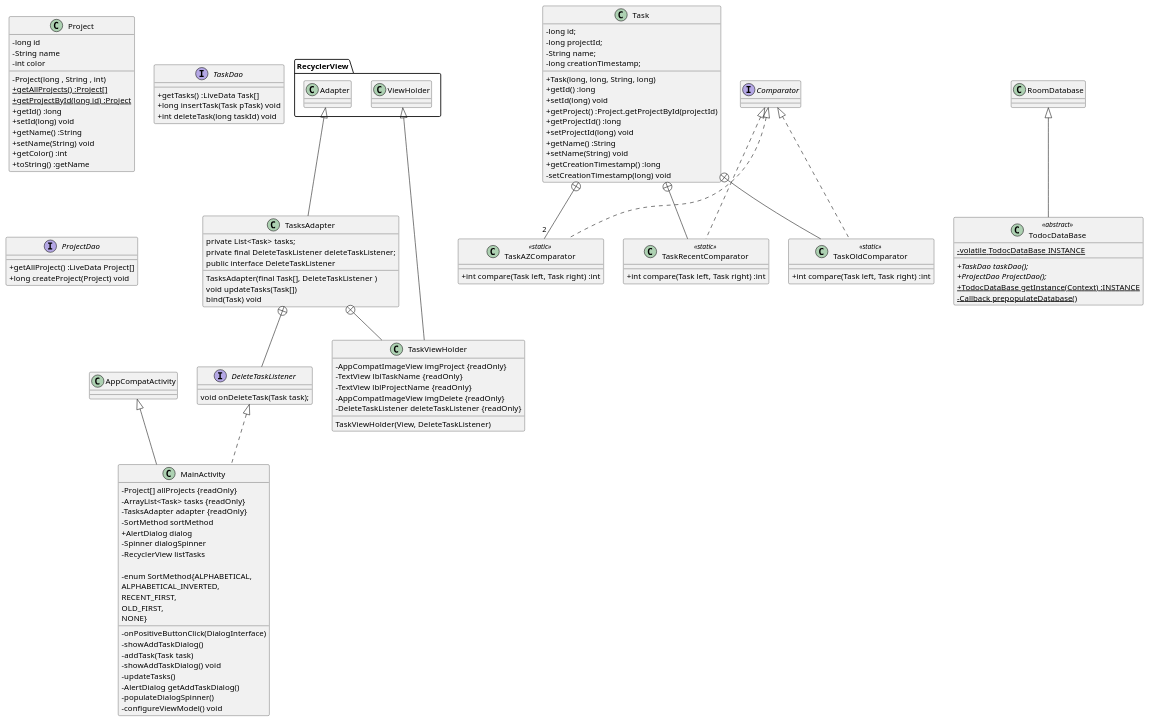
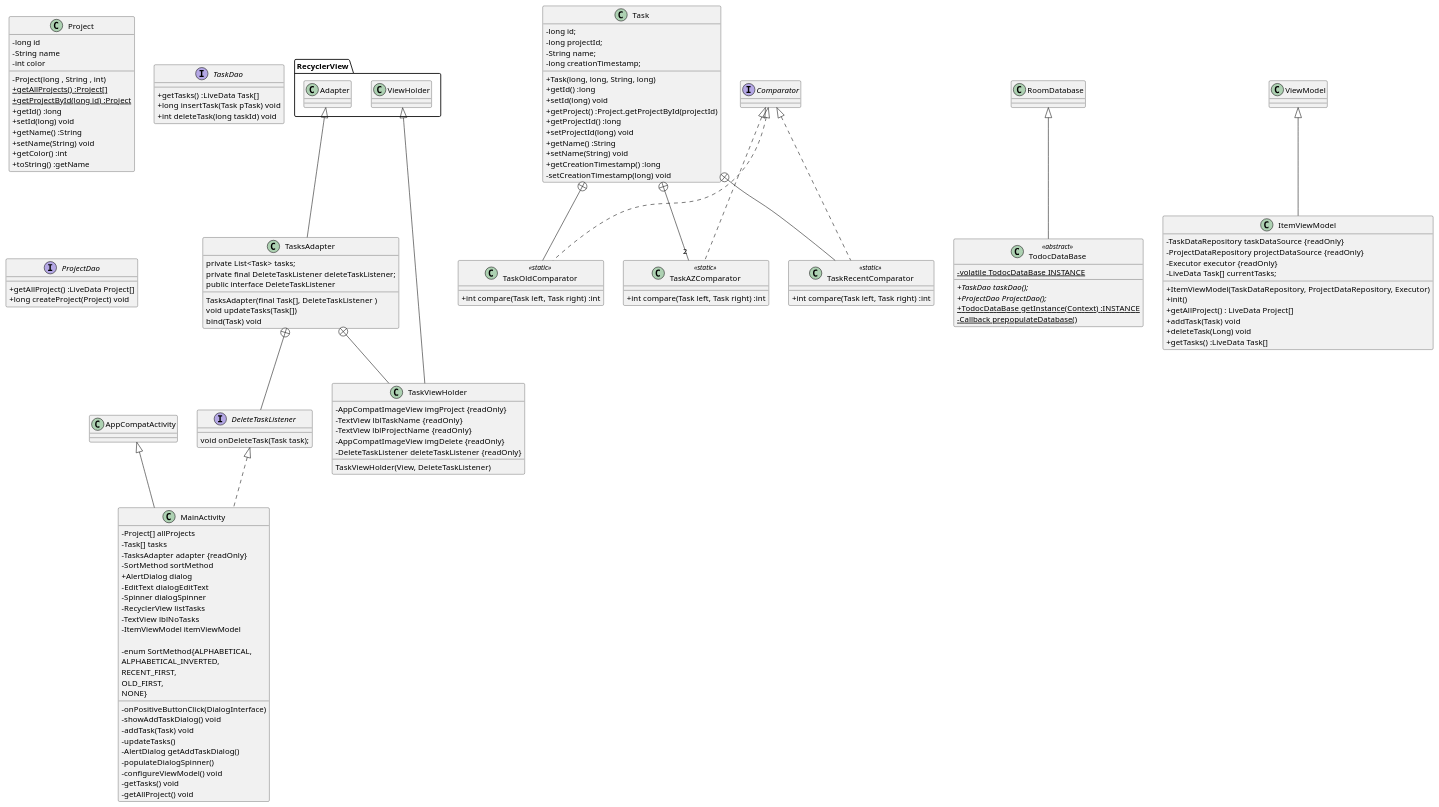
One commit to rGreenData/todoc-master- changed the diagram in Class_diagram.puml. Above: the diagram before and after it, drawn with PlantUML.

Commit message:
resumption of class diagram design

```diff
--- a/Class_diagram.puml
+++ b/Class_diagram.puml
@@ -1,125 +1,143 @@
 @startuml
 skinparam classAttributeIconSize 0
 
 class MainActivity extends AppCompatActivity implements DeleteTaskListener {
 
-    - Project[] allProjects {readOnly}
-    - ArrayList<Task> tasks {readOnly}
+    - Project[] allProjects
+    - Task[] tasks
     - TasksAdapter adapter {readOnly}
     - SortMethod sortMethod
     + AlertDialog dialog
+    - EditText dialogEditText
     - Spinner dialogSpinner
     - RecyclerView listTasks
+    - TextView lblNoTasks
+    - ItemViewModel itemViewModel
 
     - onPositiveButtonClick(DialogInterface)
-    - showAddTaskDialog()
-    - addTask(Task task)
     - showAddTaskDialog() void
+    - addTask(Task) void
     - updateTasks()
     - AlertDialog getAddTaskDialog()
     - populateDialogSpinner()
     - enum SortMethod{ALPHABETICAL,
                               ALPHABETICAL_INVERTED,
                               RECENT_FIRST,
                               OLD_FIRST,
                               NONE}
     - configureViewModel() void
+    - getTasks() void
+    - getAllProject() void
 }
 
 
 class Task {
     - long id;
     - long projectId;
     - String name;
     - long creationTimestamp;
 
     + Task(long, long, String, long)
     + getId() :long
     + setId(long) void
     + getProject() :Project.getProjectById(projectId)
     + getProjectId() :long
     + setProjectId(long) void
     + getName() :String
     + setName(String) void
     + getCreationTimestamp() :long
     - setCreationTimestamp(long) void
 }
 
  class TaskAZComparator <<static>> implements Comparator {
         + int compare(Task left, Task right) :int
     }
 
 class TaskRecentComparator <<static>> implements Comparator {
         + int compare(Task left, Task right) :int
     }
 
  class TaskOldComparator <<static>> implements Comparator{
         + int compare(Task left, Task right) :int
     }
 
 Task +-- "2" TaskAZComparator
 Task +-- TaskRecentComparator
 Task +-- TaskOldComparator
 
 
 class Project {
     -long id
     -String name
     -int color
 
     -Project(long , String , int)
     +{static} getAllProjects() :Project[]
     +{static} getProjectById(long id) :Project
     +getId() :long
     +setId(long) void
     +getName() :String
     +setName(String) void
     +getColor() :int
     +toString() :getName
     }
 
 class TasksAdapter extends RecyclerView.Adapter{
     private List<Task> tasks;
     private final DeleteTaskListener deleteTaskListener;
     TasksAdapter(final Task[], DeleteTaskListener )
     void updateTasks(Task[])
     public interface DeleteTaskListener
     bind(Task) void
 }
 
 class TaskViewHolder extends RecyclerView.ViewHolder {
         - AppCompatImageView imgProject {readOnly}
         - TextView lblTaskName {readOnly}
         - TextView lblProjectName {readOnly}
         - AppCompatImageView imgDelete {readOnly}
         - DeleteTaskListener deleteTaskListener {readOnly}
           TaskViewHolder(View, DeleteTaskListener)
     }
 
 interface DeleteTaskListener {
             void onDeleteTask(Task task);
 }
 
 
 interface TaskDao{
 +getTasks() :LiveData Task[]
 +long insertTask(Task pTask) void
 +int deleteTask(long taskId) void
 }
 
-
 interface ProjectDao {
 +getAllProject() :LiveData Project[]
 +long createProject(Project) void
 }
 
 class TodocDataBase <<abstract>>  extends RoomDatabase {
 -{static} volatile TodocDataBase INSTANCE
 +{abstract} TaskDao taskDao();
 +{abstract} ProjectDao ProjectDao();
 +{static} TodocDataBase getInstance(Context) :INSTANCE
 -{static} Callback prepopulateDatabase()
 }
+
+
+class ItemViewModel extends ViewModel {
+- TaskDataRepository taskDataSource {readOnly}
+- ProjectDataRepository projectDataSource {readOnly}
+- Executor executor {readOnly}
+- LiveData Task[] currentTasks;
++ ItemViewModel(TaskDataRepository, ProjectDataRepository, Executor)
++ init()
++ getAllProject() : LiveData Project[]
++ addTask(Task) void
++ deleteTask(Long) void
++ getTasks() :LiveData Task[]
+}
+
 TasksAdapter +-- DeleteTaskListener
 TasksAdapter +-- TaskViewHolder
 @enduml
```
